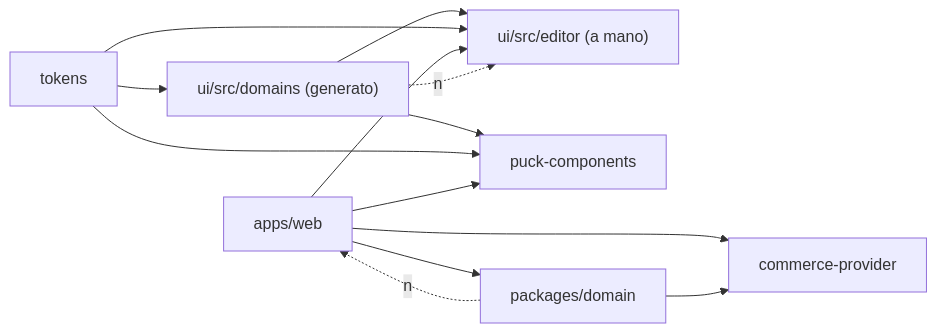
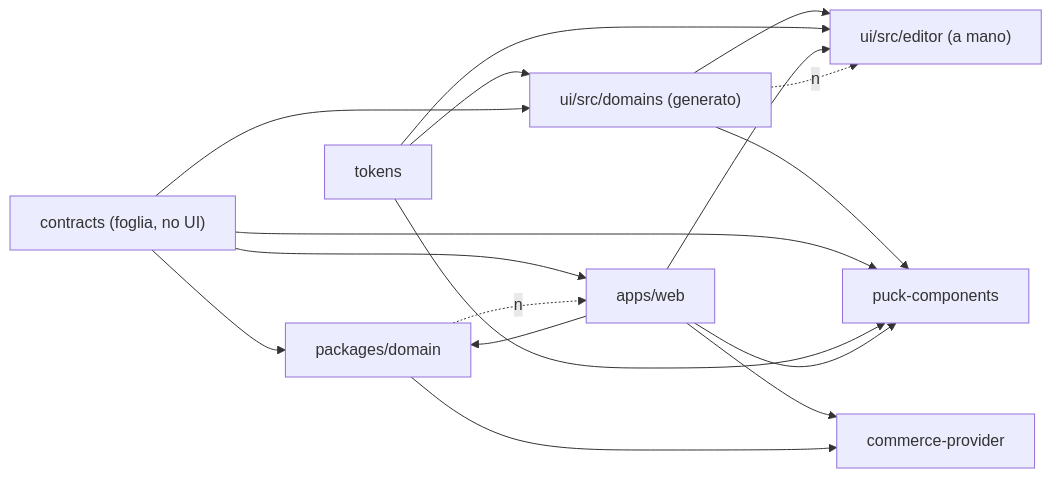
Before and after one commit to AlessandroPaciello/page-builder: the second of 2 diagrams in _bmad-output/planning-artifacts/architecture/architecture-page-builder-2026-07-25/ARCHITECTURE-SPINE.md, drawn with Mermaid. The commit also changed other lines of this file and 12 other files, not shown here.

````diff
--- a/_bmad-output/planning-artifacts/architecture/architecture-page-builder-2026-07-25/ARCHITECTURE-SPINE.md
+++ b/_bmad-output/planning-artifacts/architecture/architecture-page-builder-2026-07-25/ARCHITECTURE-SPINE.md
@@ -65,15 +65,20 @@
 ```mermaid
 graph LR
+  contracts["contracts (foglia, no UI)"]
   tokens --> domains["ui/src/domains (generato)"]
+  contracts --> domains
   domains --> editor["ui/src/editor (a mano)"]
   domains --> puck[puck-components]
+  contracts --> puck
   tokens --> puck
   tokens --> editor
   web[apps/web] --> editor
   web --> puck
   web --> core[packages/domain]
   web --> commerce[commerce-provider]
+  contracts --> core
+  contracts --> web
   core --> commerce
   core -.no.-> web
   domains -.no.-> editor
 ```
````
